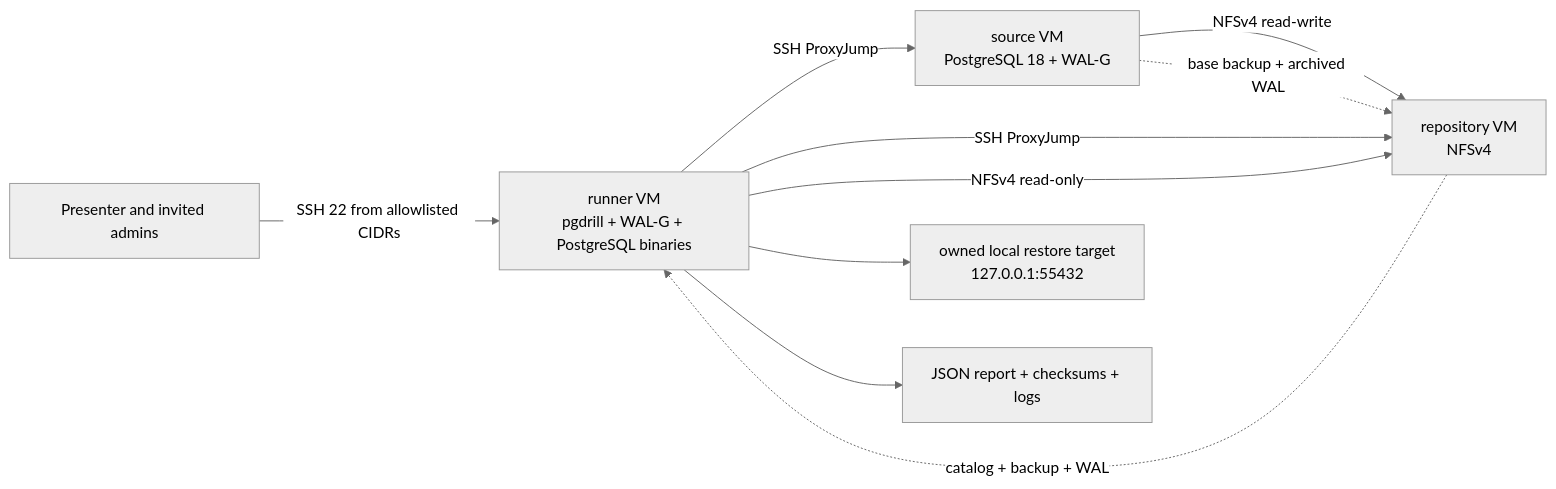
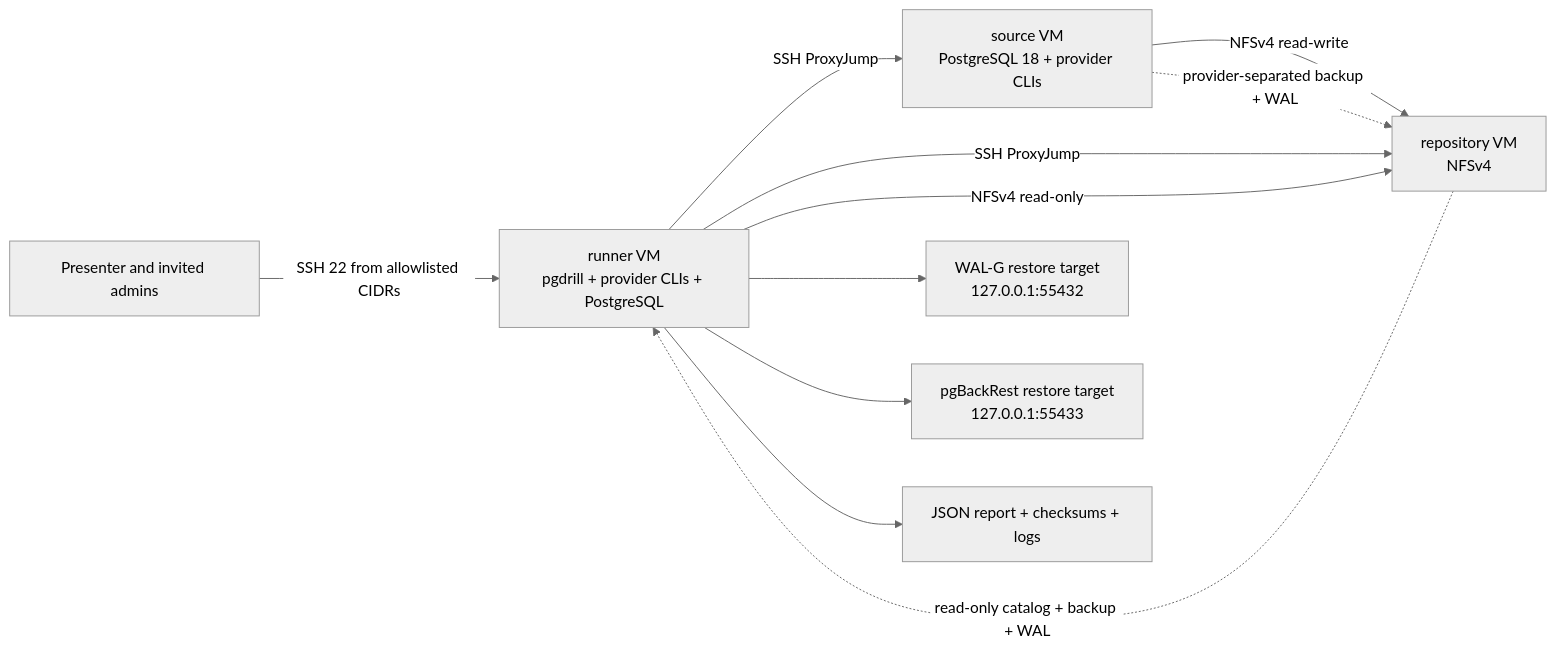
Before and after one commit to r314tive/pgdrill: the diagram in demo/yandex-cloud/README.md, drawn with Mermaid (neutral theme). The commit also changed other lines of this file and 4 other files, not shown here.

Commit message:
docs: retain hosted pgBackRest rehearsal

````diff
--- a/demo/yandex-cloud/README.md
+++ b/demo/yandex-cloud/README.md
@@ -23,12 +33,13 @@
 ```mermaid
 flowchart LR
-    A["Presenter and invited admins"] -->|"SSH 22 from allowlisted CIDRs"| R["runner VM<br/>pgdrill + WAL-G + PostgreSQL binaries"]
-    R -->|"SSH ProxyJump"| S["source VM<br/>PostgreSQL 18 + WAL-G"]
+    A["Presenter and invited admins"] -->|"SSH 22 from allowlisted CIDRs"| R["runner VM<br/>pgdrill + provider CLIs + PostgreSQL"]
+    R -->|"SSH ProxyJump"| S["source VM<br/>PostgreSQL 18 + provider CLIs"]
     R -->|"SSH ProxyJump"| B["repository VM<br/>NFSv4"]
     S -->|"NFSv4 read-write"| B
     R -->|"NFSv4 read-only"| B
-    S -.->|"base backup + archived WAL"| B
-    B -.->|"catalog + backup + WAL"| R
-    R --> T["owned local restore target<br/>127.0.0.1:55432"]
+    S -.->|"provider-separated backup + WAL"| B
+    B -.->|"read-only catalog + backup + WAL"| R
+    R --> T1["WAL-G restore target<br/>127.0.0.1:55432"]
+    R --> T2["pgBackRest restore target<br/>127.0.0.1:55433"]
     R --> E["JSON report + checksums + logs"]
 ```
````
